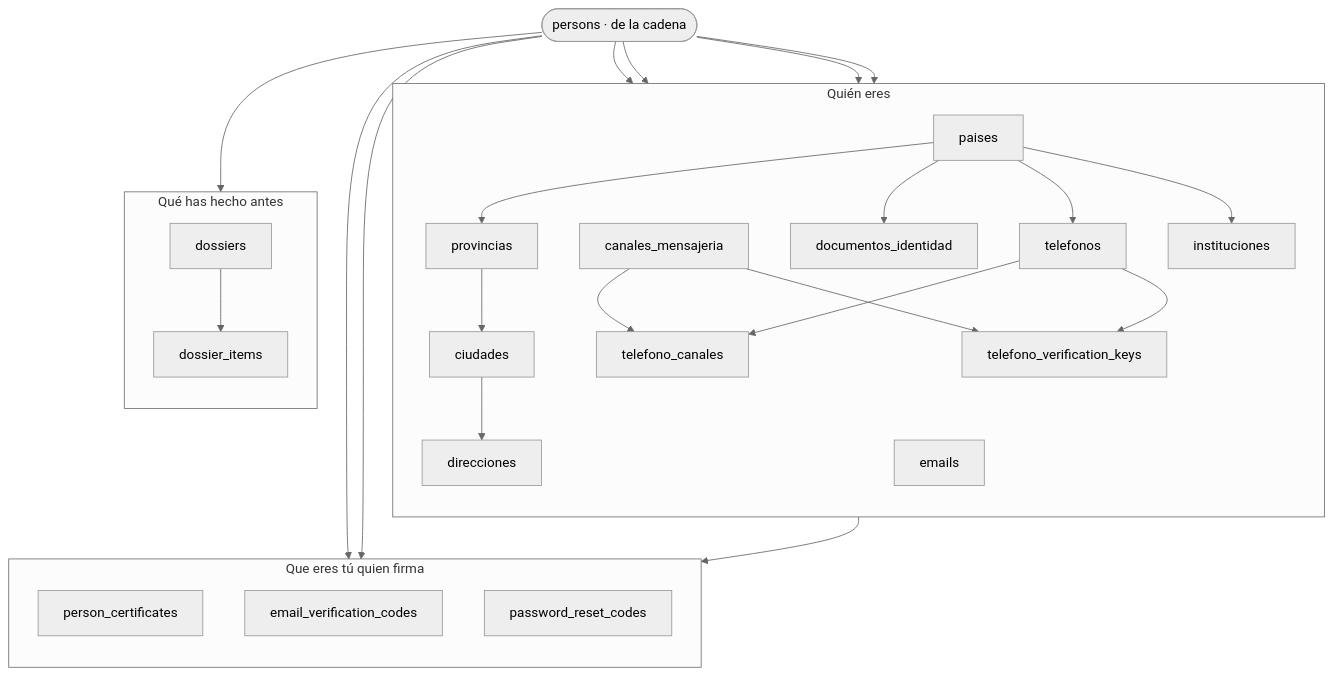
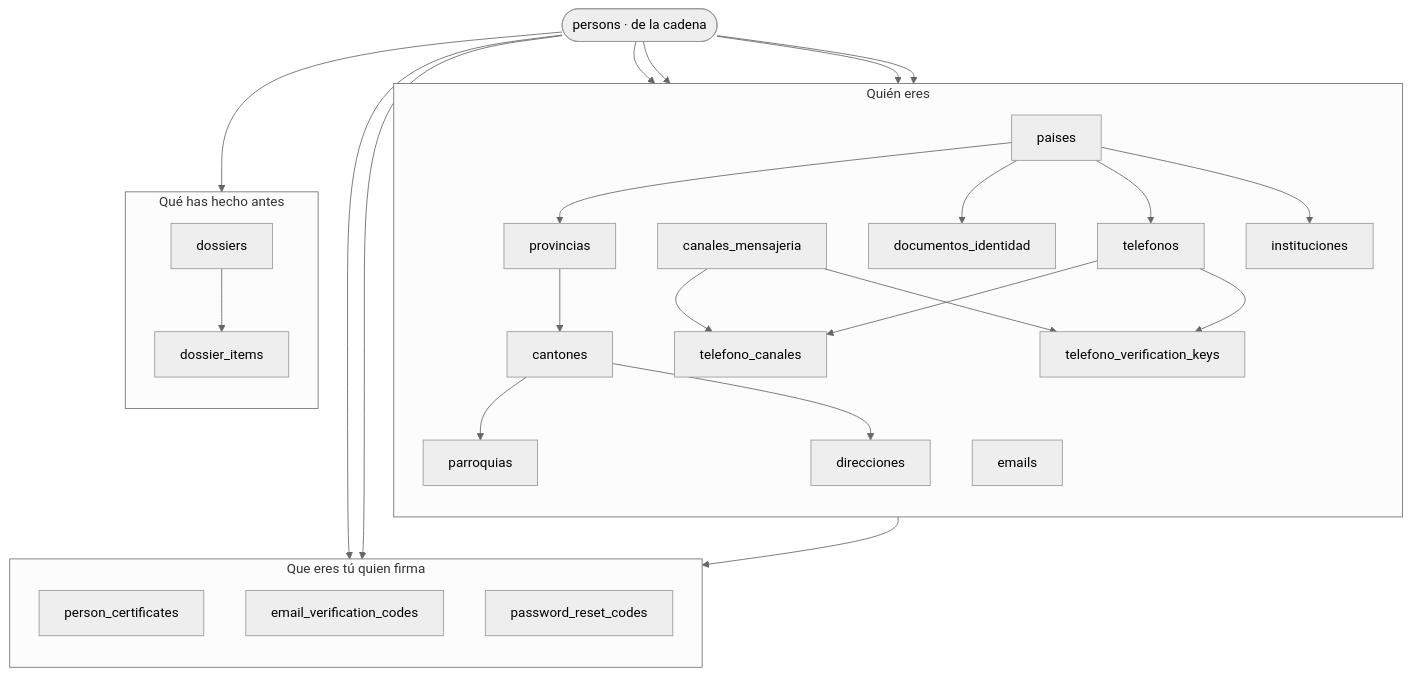
Before and after one commit to fresvel/deasy: the first of 3 diagrams in docs/src/content/docs/complemento/mapa-completo.md, drawn with Mermaid (neutral theme). The commit also changed other lines of this file and 33 other files, not shown here.

````diff
--- a/docs/src/content/docs/complemento/mapa-completo.md
+++ b/docs/src/content/docs/complemento/mapa-completo.md
@@ -28,37 +28,38 @@
 ```mermaid
 flowchart TB
   P(["persons · de la cadena"])
   subgraph QUIEN["Quién eres"]
     direction TB
     PA["paises"] --> PV["provincias"]
-    PV --> CI["ciudades"]
+    PV --> CA["cantones"]
+    CA --> PQ["parroquias"]
     DI["documentos_identidad"]
-    CI --> DIR["direcciones"]
+    CA --> DIR["direcciones"]
     CM["canales_mensajeria"] --> TC["telefono_canales"]
     TE["telefonos"] --> TC
     TE --> TVK["telefono_verification_keys"]
     CM --> TVK
     EM["emails"]
     PA --> DI
     PA --> TE
     PA --> IN["instituciones"]
   end
   subgraph CRED["Que eres tú quien firma"]
     direction TB
     PC["person_certificates"]
     EVC["email_verification_codes"]
     PRC["password_reset_codes"]
   end
   subgraph EXP["Qué has hecho antes"]
     direction TB
     DO["dossiers"] --> DIT["dossier_items"]
   end
   P --> DI
   P --> EM
   P --> TE
   P --> DIR
   P --> PC
   P --> PRC
   P --> DO
   EM --> EVC
 ```
````
